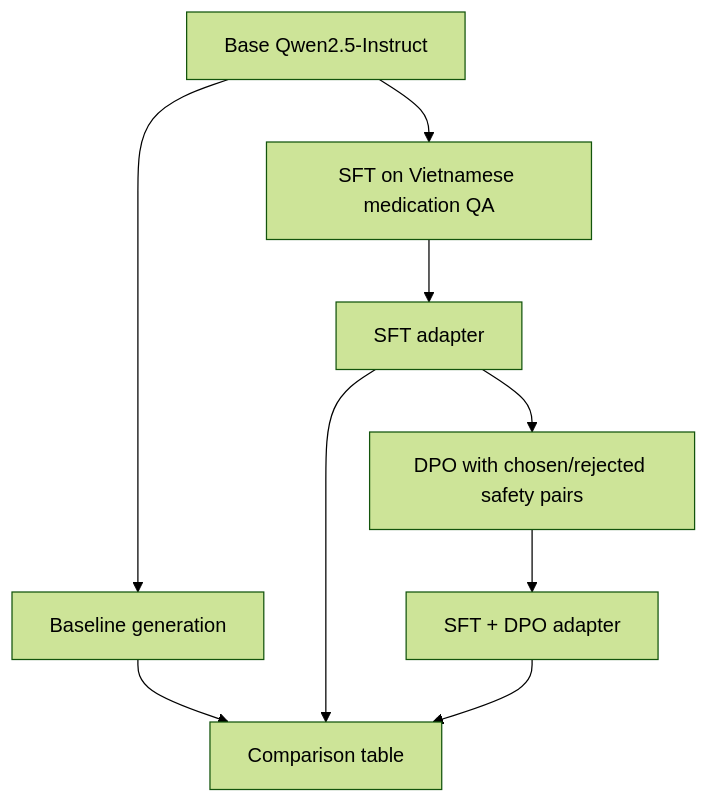
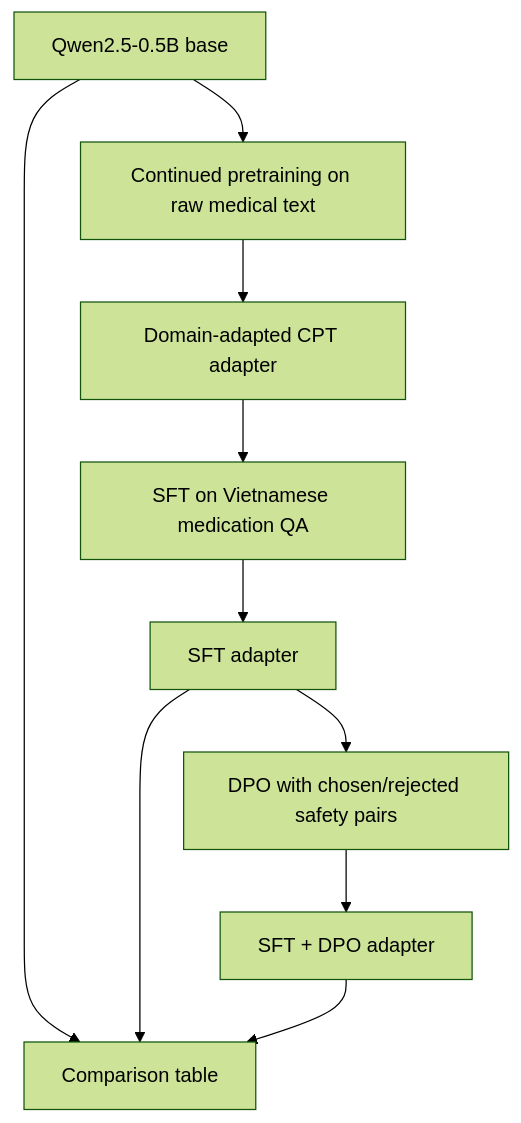
The third of 3 diagrams in docs/PIPELINE.md (QuangVoAI/medical-llm-medication-safety-vi), drawn with Mermaid (forest theme) before and after one commit. The commit also changed other lines of this file and 6 other files, not shown here.

Commit message:
Add Qwen continued pretraining foundation

````diff
--- a/docs/PIPELINE.md
+++ b/docs/PIPELINE.md
@@ -44,11 +45,12 @@
 ```mermaid
 flowchart TD
-    A["Base Qwen2.5-Instruct"] --> B["Baseline generation"]
-    A --> C["SFT on Vietnamese medication QA"]
-    C --> D["SFT adapter"]
-    D --> E["DPO with chosen/rejected safety pairs"]
-    E --> F["SFT + DPO adapter"]
-    B --> G["Comparison table"]
-    D --> G
-    F --> G
+    A["Qwen2.5-0.5B base"] --> B["Continued pretraining on raw medical text"]
+    B --> C["Domain-adapted CPT adapter"]
+    C --> D["SFT on Vietnamese medication QA"]
+    D --> E["SFT adapter"]
+    E --> F["DPO with chosen/rejected safety pairs"]
+    F --> G["SFT + DPO adapter"]
+    A --> H["Comparison table"]
+    E --> H
+    G --> H
 ```
````
